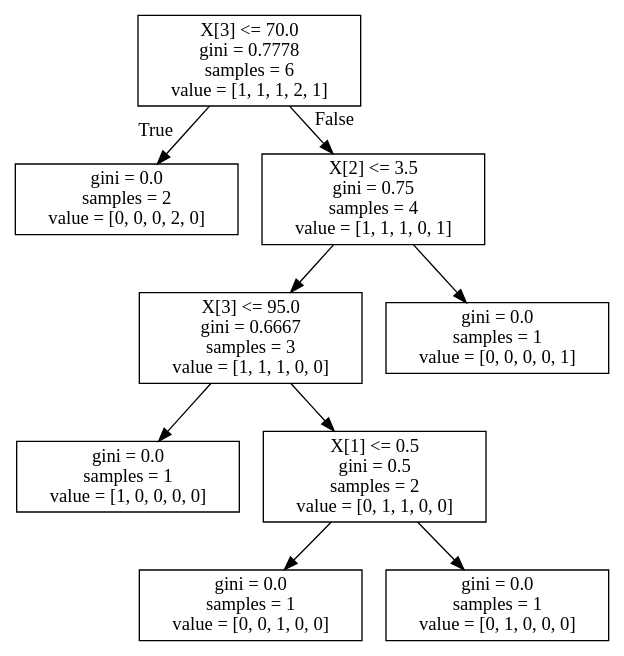
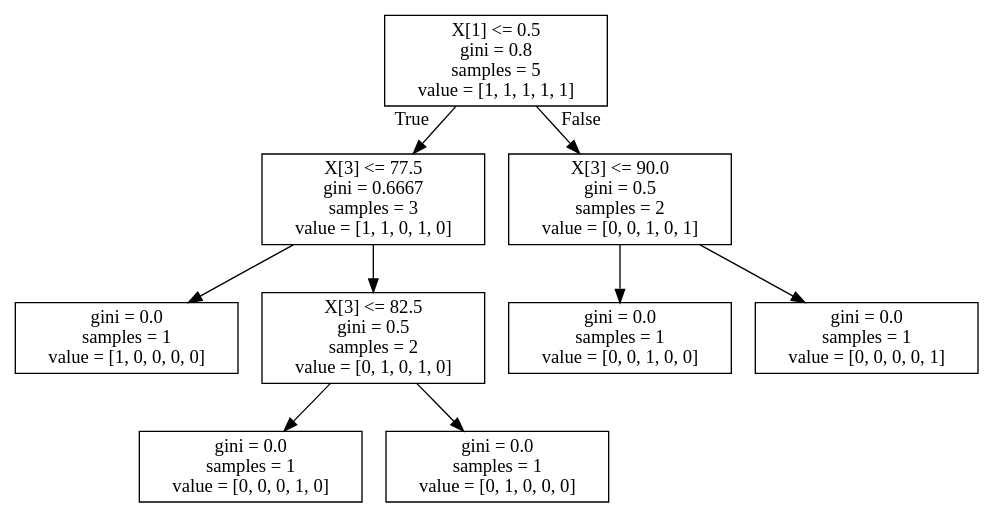
Before and after one commit to Meepit/Exercise-Routine-Recommender: the diagram in tree.dot, drawn with Graphviz. The commit also changed 40 other files, not shown here.

```diff
--- a/tree.dot
+++ b/tree.dot
@@ -1,20 +1,20 @@
 digraph Tree {
 node [shape=box] ;
-0 [label="X[3] <= 70.0\ngini = 0.7778\nsamples = 6\nvalue = [1, 1, 1, 2, 1]"] ;
-1 [label="gini = 0.0\nsamples = 2\nvalue = [0, 0, 0, 2, 0]"] ;
+0 [label="X[1] <= 0.5\ngini = 0.8\nsamples = 5\nvalue = [1, 1, 1, 1, 1]"] ;
+1 [label="X[3] <= 77.5\ngini = 0.6667\nsamples = 3\nvalue = [1, 1, 0, 1, 0]"] ;
 0 -> 1 [labeldistance=2.5, labelangle=45, headlabel="True"] ;
-2 [label="X[2] <= 3.5\ngini = 0.75\nsamples = 4\nvalue = [1, 1, 1, 0, 1]"] ;
-0 -> 2 [labeldistance=2.5, labelangle=-45, headlabel="False"] ;
-3 [label="X[3] <= 95.0\ngini = 0.6667\nsamples = 3\nvalue = [1, 1, 1, 0, 0]"] ;
-2 -> 3 ;
-4 [label="gini = 0.0\nsamples = 1\nvalue = [1, 0, 0, 0, 0]"] ;
+2 [label="gini = 0.0\nsamples = 1\nvalue = [1, 0, 0, 0, 0]"] ;
+1 -> 2 ;
+3 [label="X[3] <= 82.5\ngini = 0.5\nsamples = 2\nvalue = [0, 1, 0, 1, 0]"] ;
+1 -> 3 ;
+4 [label="gini = 0.0\nsamples = 1\nvalue = [0, 0, 0, 1, 0]"] ;
 3 -> 4 ;
-5 [label="X[1] <= 0.5\ngini = 0.5\nsamples = 2\nvalue = [0, 1, 1, 0, 0]"] ;
+5 [label="gini = 0.0\nsamples = 1\nvalue = [0, 1, 0, 0, 0]"] ;
 3 -> 5 ;
-6 [label="gini = 0.0\nsamples = 1\nvalue = [0, 0, 1, 0, 0]"] ;
-5 -> 6 ;
-7 [label="gini = 0.0\nsamples = 1\nvalue = [0, 1, 0, 0, 0]"] ;
-5 -> 7 ;
+6 [label="X[3] <= 90.0\ngini = 0.5\nsamples = 2\nvalue = [0, 0, 1, 0, 1]"] ;
+0 -> 6 [labeldistance=2.5, labelangle=-45, headlabel="False"] ;
+7 [label="gini = 0.0\nsamples = 1\nvalue = [0, 0, 1, 0, 0]"] ;
+6 -> 7 ;
 8 [label="gini = 0.0\nsamples = 1\nvalue = [0, 0, 0, 0, 1]"] ;
-2 -> 8 ;
+6 -> 8 ;
 }
```
